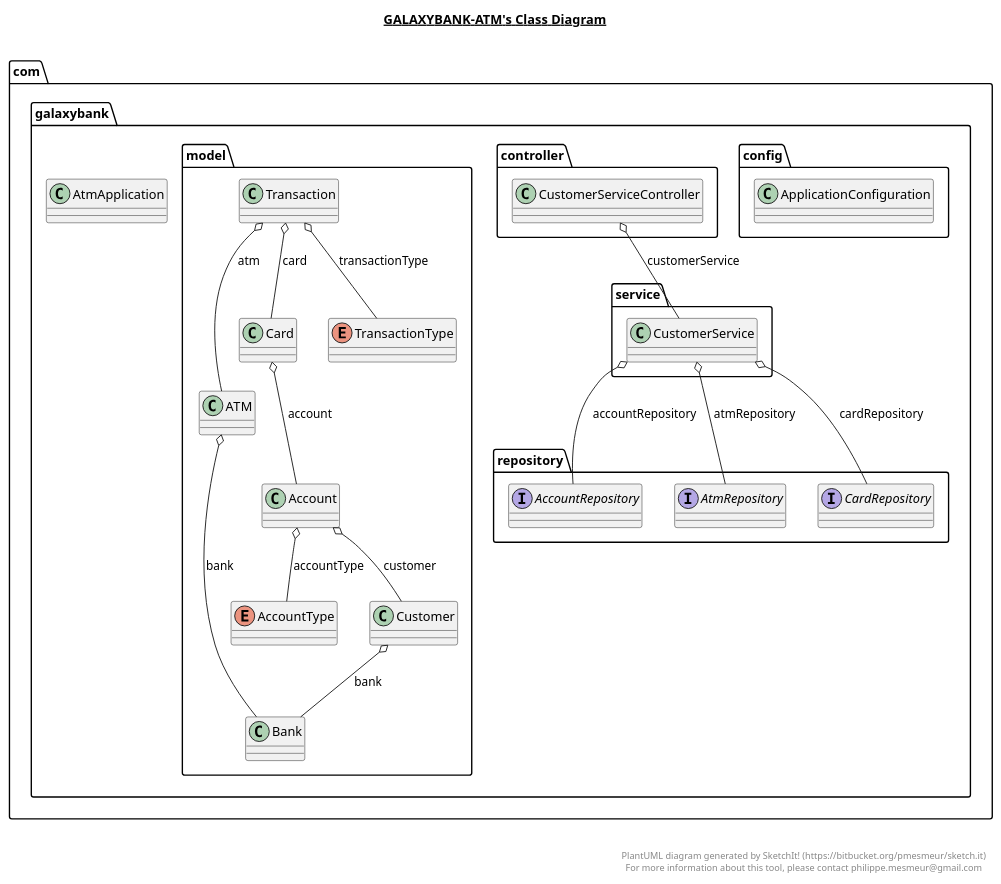
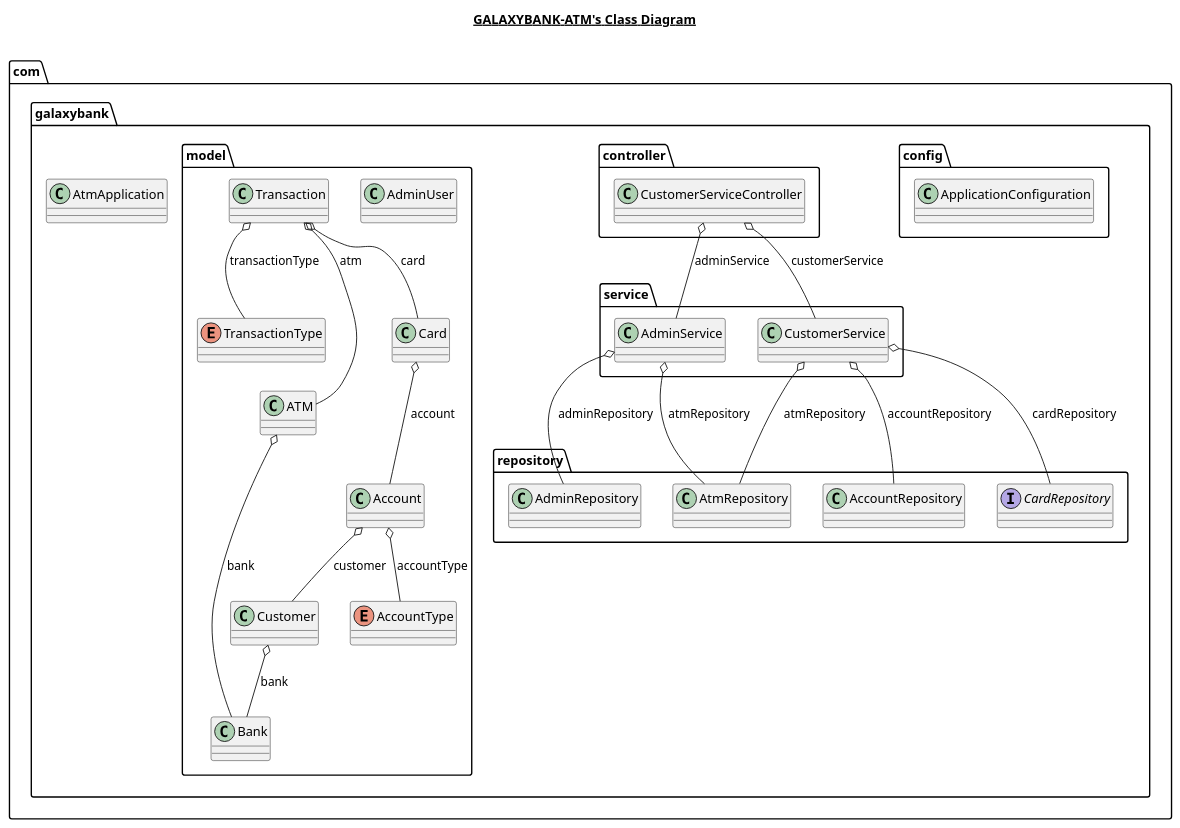
One commit to josecmarcucci005/galaxybank-atm changed the diagram in galaxybank-atm.plantuml. Above: the diagram before and after it, drawn with PlantUML. The commit also changed 13 other files, not shown here.

Commit message:
adding final uml diagrams

```diff
--- a/galaxybank-atm.plantuml
+++ b/galaxybank-atm.plantuml
@@ -1,144 +1,83 @@
 @startuml
 
 title __GALAXYBANK-ATM's Class Diagram__\n
 
   namespace com.galaxybank {
     class com.galaxybank.AtmApplication {
     }
   }
   
 
   namespace com.galaxybank {
     namespace config {
       class com.galaxybank.config.ApplicationConfiguration {
       }
     }
   }
   
 
   namespace com.galaxybank {
     namespace controller {
       class com.galaxybank.controller.CustomerServiceController {
       }
     }
   }
   
 
   namespace com.galaxybank {
     namespace model {
       class com.galaxybank.model.ATM {
       }
-    }
-  }
-  
-
-  namespace com.galaxybank {
-    namespace model {
       class com.galaxybank.model.Account {
       }
-    }
-  }
-  
-
-  namespace com.galaxybank {
-    namespace model {
       enum AccountType {
       }
-    }
-  }
-  
-
-  namespace com.galaxybank {
-    namespace model {
+      class com.galaxybank.model.AdminUser {
+      }
       class com.galaxybank.model.Bank {
       }
-    }
-  }
-  
-
-  namespace com.galaxybank {
-    namespace model {
       class com.galaxybank.model.Card {
       }
-    }
-  }
-  
-
-  namespace com.galaxybank {
-    namespace model {
       class com.galaxybank.model.Customer {
       }
-    }
-  }
-  
-
-  namespace com.galaxybank {
-    namespace model {
       class com.galaxybank.model.Transaction {
       }
-    }
-  }
-  
-
-  namespace com.galaxybank {
-    namespace model {
       enum TransactionType {
       }
     }
   }
-  
-
-  namespace com.galaxybank {
-    namespace repository {
-      interface com.galaxybank.repository.AccountRepository {
-      }
-    }
-  }
-  
-
-  namespace com.galaxybank {
-    namespace repository {
-      interface com.galaxybank.repository.AtmRepository {
-      }
-    }
-  }
-  
-
   namespace com.galaxybank {
     namespace repository {
       interface com.galaxybank.repository.CardRepository {
       }
     }
   }
-  
 
   namespace com.galaxybank {
     namespace service {
       class com.galaxybank.service.CustomerService {
       }
+      class com.galaxybank.service.AdminService{
+      }
     }
   }
   
 
+  com.galaxybank.controller.CustomerServiceController o-- com.galaxybank.service.AdminService : adminService
   com.galaxybank.controller.CustomerServiceController o-- com.galaxybank.service.CustomerService : customerService
   com.galaxybank.model.ATM o-- com.galaxybank.model.Bank : bank
   com.galaxybank.model.Account o-- com.galaxybank.model.AccountType : accountType
   com.galaxybank.model.Account o-- com.galaxybank.model.Customer : customer
   com.galaxybank.model.Card o-- com.galaxybank.model.Account : account
   com.galaxybank.model.Customer o-- com.galaxybank.model.Bank : bank
   com.galaxybank.model.Transaction o-- com.galaxybank.model.ATM : atm
   com.galaxybank.model.Transaction o-- com.galaxybank.model.Card : card
   com.galaxybank.model.Transaction o-- com.galaxybank.model.TransactionType : transactionType
+  com.galaxybank.service.AdminService o-- com.galaxybank.repository.AdminRepository : adminRepository
+  com.galaxybank.service.AdminService o-- com.galaxybank.repository.AtmRepository : atmRepository
   com.galaxybank.service.CustomerService o-- com.galaxybank.repository.AccountRepository : accountRepository
   com.galaxybank.service.CustomerService o-- com.galaxybank.repository.AtmRepository : atmRepository
   com.galaxybank.service.CustomerService o-- com.galaxybank.repository.CardRepository : cardRepository
 
 
-right footer
-
-
-PlantUML diagram generated by SketchIt! (https://bitbucket.org/pmesmeur/sketch.it)
-For more information about this tool, please contact philippe.mesmeur@gmail.com
-endfooter
-
 @enduml
```
